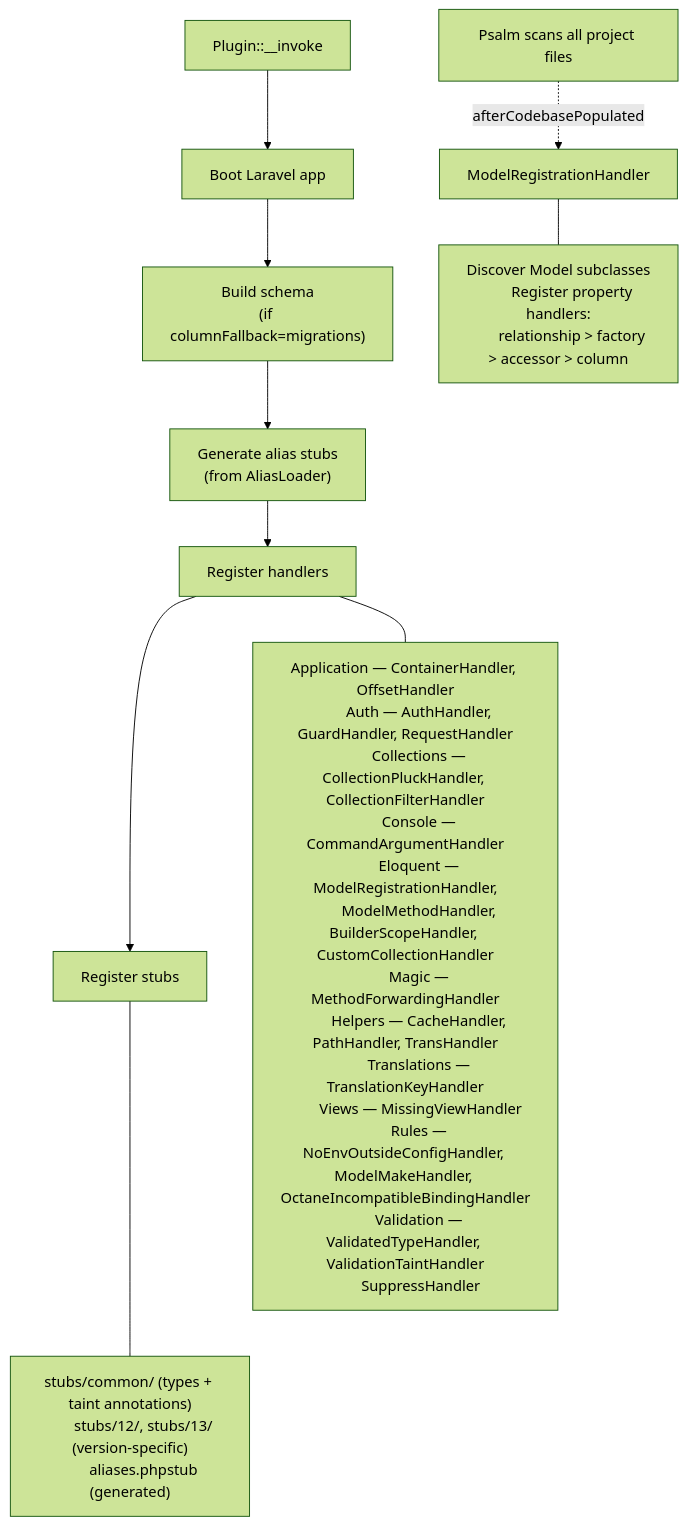
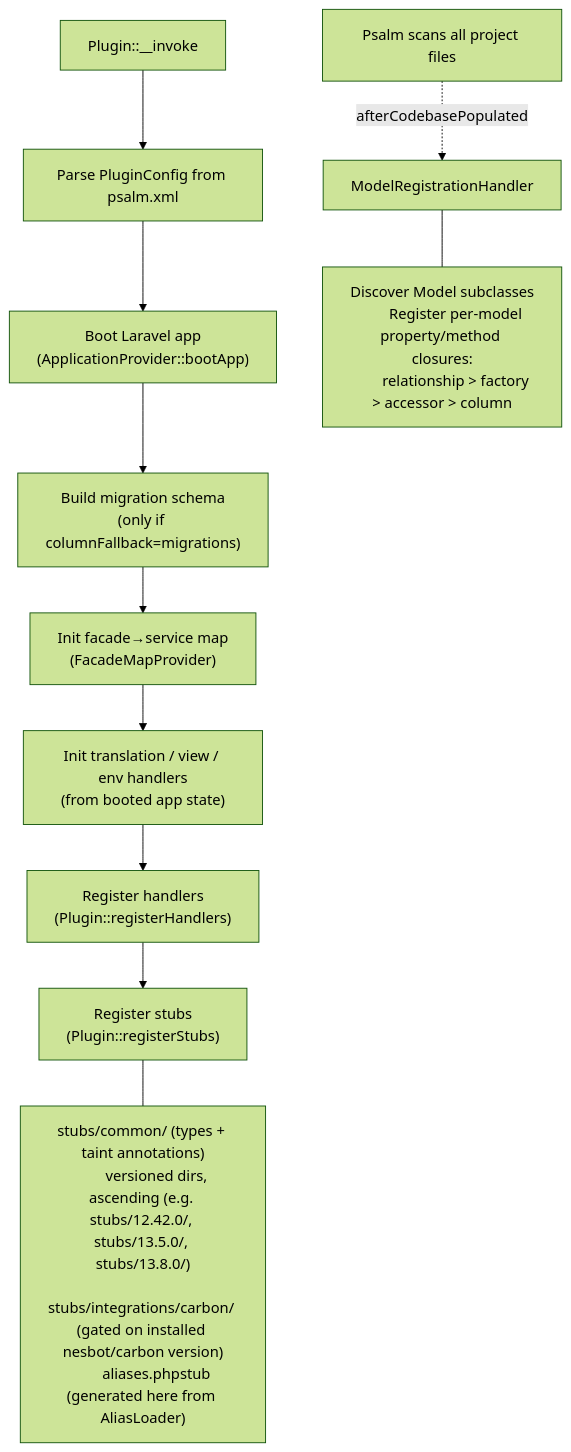
The diagram in docs/contributing/README.md (psalm/psalm-plugin-laravel), drawn with Mermaid (forest theme) before and after one commit. The commit also changed other lines of this file and 12 other files, not shown here.

````diff
--- a/docs/contributing/README.md
+++ b/docs/contributing/README.md
@@ -19,37 +19,24 @@
 ```mermaid
 flowchart TD
-    A["Plugin::__invoke"] --> B["Boot Laravel app"]
-    B --> C["Build schema\n(if columnFallback=migrations)"]
-    C --> D["Generate alias stubs\n(from AliasLoader)"]
-    D --> E["Register handlers"]
-    E --> F["Register stubs"]
+    A["Plugin::__invoke"] --> B["Parse PluginConfig from psalm.xml"]
+    B --> C["Boot Laravel app\n(ApplicationProvider::bootApp)"]
+    C --> D["Build migration schema\n(only if columnFallback=migrations)"]
+    D --> E["Init facade→service map\n(FacadeMapProvider)"]
+    E --> F["Init translation / view / env handlers\n(from booted app state)"]
+    F --> G["Register handlers\n(Plugin::registerHandlers)"]
+    G --> H["Register stubs\n(Plugin::registerStubs)"]
 
-    E --- handlers["
-        Application — ContainerHandler, OffsetHandler
-        Auth — AuthHandler, GuardHandler, RequestHandler
-        Collections — CollectionPluckHandler, CollectionFilterHandler
-        Console — CommandArgumentHandler
-        Eloquent — ModelRegistrationHandler,
-        ModelMethodHandler, BuilderScopeHandler, CustomCollectionHandler
-        Magic — MethodForwardingHandler
-        Helpers — CacheHandler, PathHandler, TransHandler
-        Translations — TranslationKeyHandler
-        Views — MissingViewHandler
-        Rules — NoEnvOutsideConfigHandler, ModelMakeHandler, OctaneIncompatibleBindingHandler
-        Validation — ValidatedTypeHandler, ValidationTaintHandler
-        SuppressHandler
+    H --- stubs["
+        stubs/common/ (types + taint annotations)
+        versioned dirs, ascending (e.g. stubs/12.42.0/, stubs/13.5.0/, stubs/13.8.0/)
+        stubs/integrations/carbon/ (gated on installed nesbot/carbon version)
+        aliases.phpstub (generated here from AliasLoader)
     "]
 
-    F --- stubs["
-        stubs/common/ (types + taint annotations)
-        stubs/12/, stubs/13/ (version-specific)
-        aliases.phpstub (generated)
-    "]
-
-    G["Psalm scans all project files"] -.->|afterCodebasePopulated| H["ModelRegistrationHandler"]
-    H --- models["
+    I["Psalm scans all project files"] -.->|afterCodebasePopulated| J["ModelRegistrationHandler"]
+    J --- models["
         Discover Model subclasses
-        Register property handlers:
+        Register per-model property/method closures:
         relationship > factory > accessor > column
     "]
 ```
````
